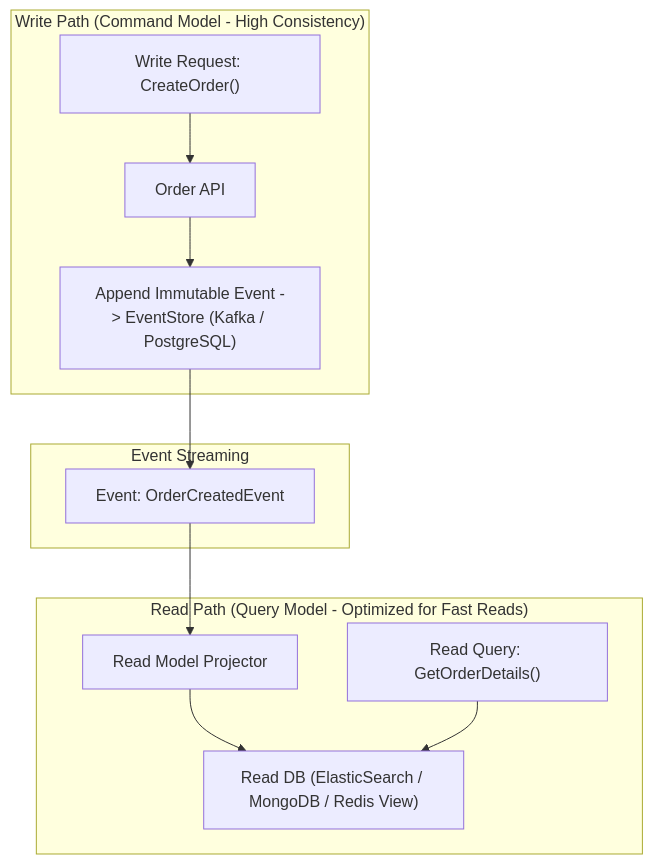
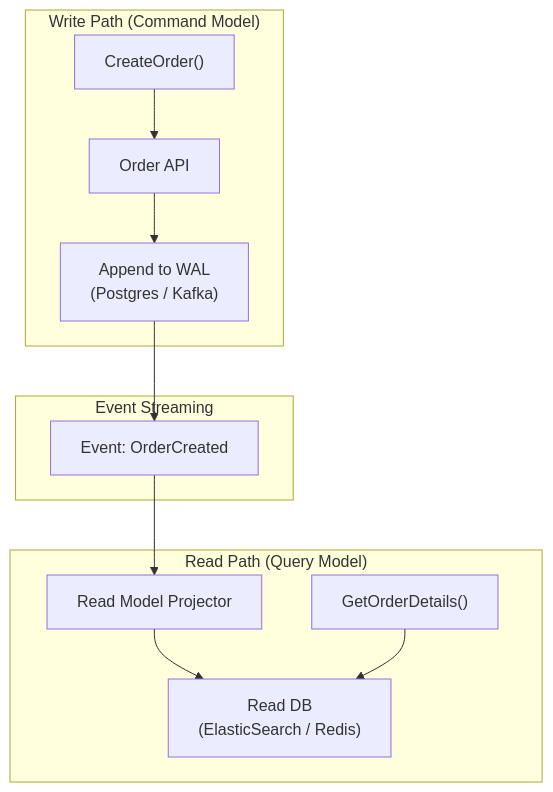
Before and after one commit to Sourav108/strivers-lld: the third of 4 diagrams in strivers-hld/08-Messaging-and-Event-Driven-Systems/README.md, drawn with Mermaid. The commit also changed other lines of this file and 39 other files, not shown here.

Commit message:
fix(mermaid): wrap node labels, simplify diamonds, and reformat wide diagrams for perfect GitHub rendering

````diff
--- a/strivers-hld/08-Messaging-and-Event-Driven-Systems/README.md
+++ b/strivers-hld/08-Messaging-and-Event-Driven-Systems/README.md
@@ -58,17 +56,17 @@
 ```mermaid
 flowchart TD
-    subgraph CommandSide["Write Path (Command Model - High Consistency)"]
-        ClientWrite["Write Request: CreateOrder()"] --> API["Order API"]
-        API --> CommandStore["Append Immutable Event -> EventStore (Kafka / PostgreSQL)"]
+    subgraph CommandSide["Write Path (Command Model)"]
+        ClientWrite["CreateOrder()"] --> API["Order API"]
+        API --> CommandStore["Append to WAL<br/>(Postgres / Kafka)"]
     end
 
     subgraph EventStream["Event Streaming"]
-        CommandStore --> KafkaTopic["Event: OrderCreatedEvent"]
+        CommandStore --> KafkaTopic["Event: OrderCreated"]
     end
 
-    subgraph QuerySide["Read Path (Query Model - Optimized for Fast Reads)"]
+    subgraph QuerySide["Read Path (Query Model)"]
         KafkaTopic --> Projector["Read Model Projector"]
-        Projector --> ReadDB["Read DB (ElasticSearch / MongoDB / Redis View)"]
-        ClientRead["Read Query: GetOrderDetails()"] --> ReadDB
+        Projector --> ReadDB["Read DB<br/>(ElasticSearch / Redis)"]
+        ClientRead["GetOrderDetails()"] --> ReadDB
     end
 ```
````
